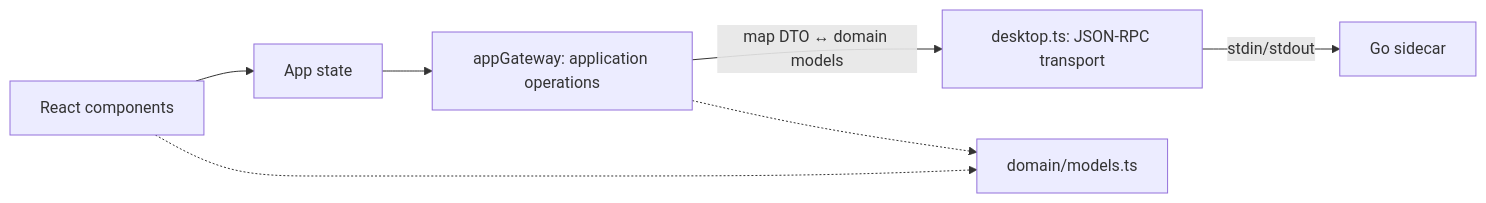
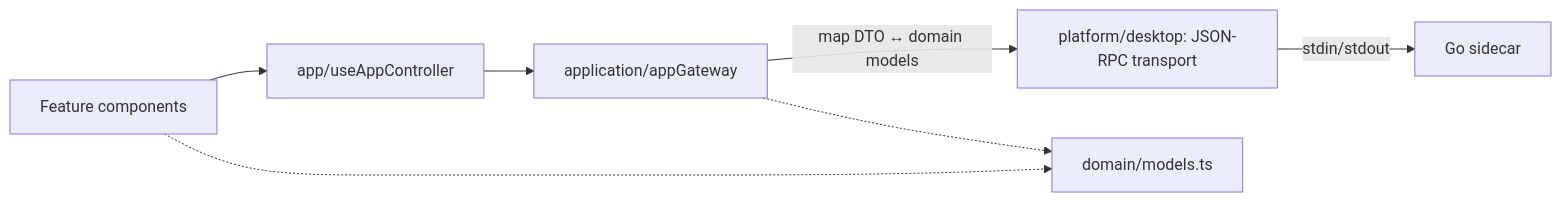
Before and after one commit to BohdanKrakoviatskyi/BSC---BetterSoundCloud: the second of 2 diagrams in docs/ARCHITECTURE.md, drawn with Mermaid. The commit also changed other lines of this file and 72 other files, not shown here.

````diff
--- a/docs/ARCHITECTURE.md
+++ b/docs/ARCHITECTURE.md
@@ -58,9 +73,9 @@
 ```mermaid
 flowchart LR
-  C[React components] --> A[App state]
-  A --> G[appGateway: application operations]
-  G -->|map DTO ↔ domain models| B[desktop.ts: JSON-RPC transport]
+  C[Feature components] --> A[app/useAppController]
+  A --> G[application/appGateway]
+  G -->|map DTO ↔ domain models| B[platform/desktop: JSON-RPC transport]
   B -->|stdin/stdout| GO[Go sidecar]
   G -.-> D[domain/models.ts]
   C -.-> D
 ```
````
